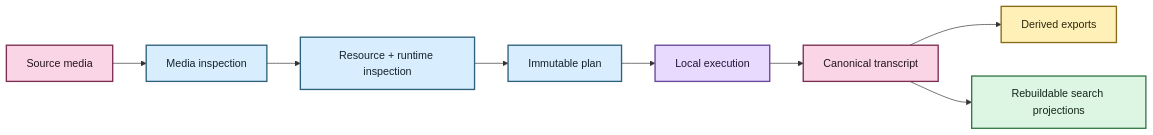
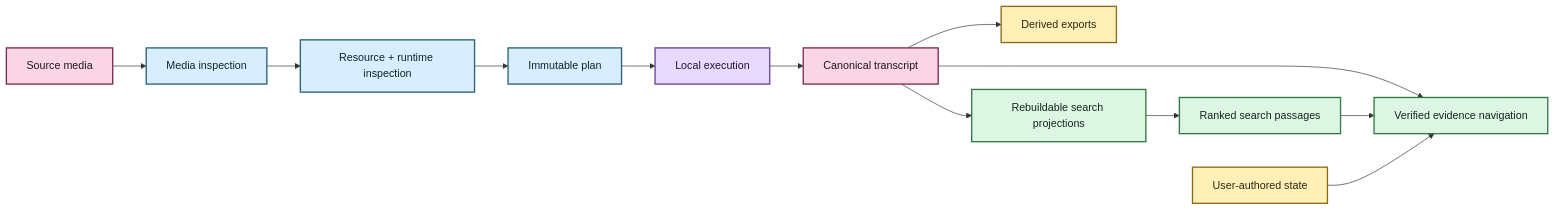
The diagram in docs/architecture/README.md (SSD1805/EchoFlow), drawn with Mermaid before and after one commit. The commit also changed other lines of this file, not shown here.

Commit message:
Refresh architecture index for navigation and user state

````diff
--- a/docs/architecture/README.md
+++ b/docs/architecture/README.md
@@ -20,22 +20,26 @@
 ```mermaid
 flowchart LR
     A[Source media] --> M[Media inspection]
     M --> R[Resource + runtime inspection]
     R --> P[Immutable plan]
     P --> X[Local execution]
     X --> C[Canonical transcript]
     C --> E[Derived exports]
     C --> L[Rebuildable search projections]
+    L --> S[Ranked search passages]
+    C --> N[Verified evidence navigation]
+    S --> N
+    U[User-authored state] --> N
 
     classDef evidence fill:#F9D5E5,stroke:#7B2E52,stroke-width:2px,color:#22151B
     classDef compute fill:#D8EEFF,stroke:#2E617B,stroke-width:2px,color:#12222A
     classDef process fill:#E8D9FF,stroke:#68469B,stroke-width:2px,color:#1F1630
     classDef publish fill:#FFF0B8,stroke:#8A6B18,stroke-width:2px,color:#2C260F
     classDef result fill:#DDF5E3,stroke:#347A46,stroke-width:2px,color:#142719
 
     class A,C evidence
     class M,R,P compute
     class X process
-    class E publish
-    class L result
+    class E,U publish
+    class L,S,N result
 ```
````
